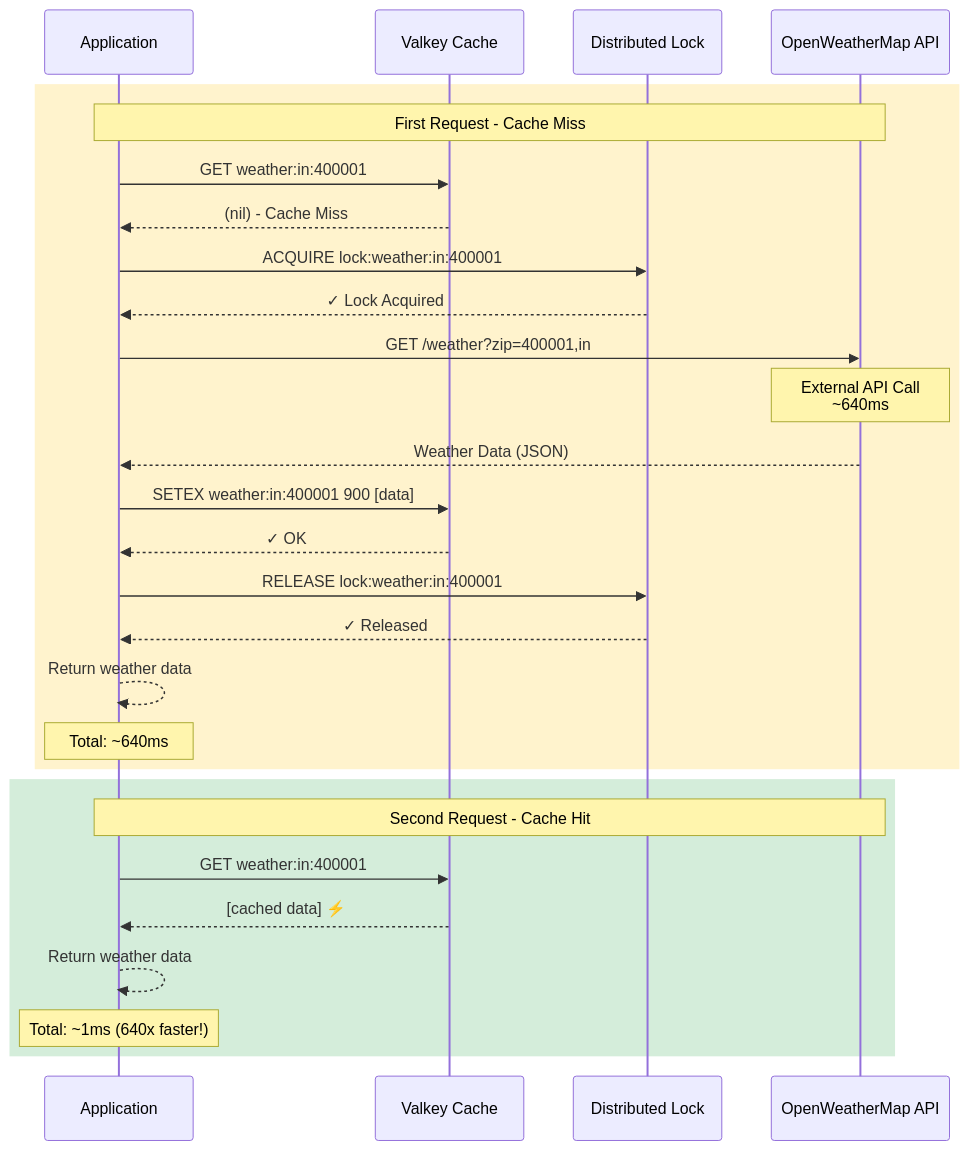
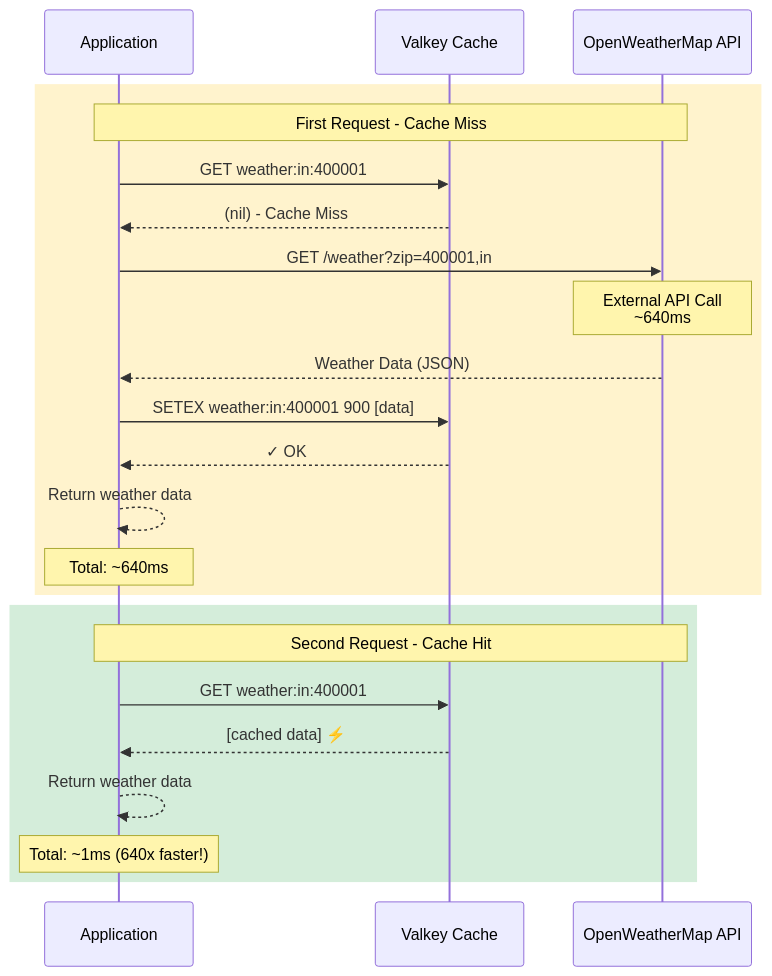
One commit to rlunar/valkey-workshops changed the diagram in cache_me_if_you_can/docs/workshop/content/3-advanced-caching/1-weather-api/index.en.md. Above: the diagram before and after it, drawn with Mermaid. The commit also changed other lines of this file, not shown here.

First line of the commit message:
Simplify weather API workshop content by focusing on core cache-aside pattern

````diff
--- a/cache_me_if_you_can/docs/workshop/content/3-advanced-caching/1-weather-api/index.en.md
+++ b/cache_me_if_you_can/docs/workshop/content/3-advanced-caching/1-weather-api/index.en.md
@@ -45,32 +44,27 @@
 ```mermaid
 sequenceDiagram
     participant App as Application
     participant Cache as Valkey Cache
-    participant Lock as Distributed Lock
     participant API as OpenWeatherMap API
     
     rect rgb(255, 243, 205)
     Note over App,API: First Request - Cache Miss
     App->>Cache: GET weather:in:400001
     Cache-->>App: (nil) - Cache Miss
-    App->>Lock: ACQUIRE lock:weather:in:400001
-    Lock-->>App: ✓ Lock Acquired
     App->>API: GET /weather?zip=400001,in
     Note over API: External API Call<br/>~640ms
     API-->>App: Weather Data (JSON)
     App->>Cache: SETEX weather:in:400001 900 [data]
     Cache-->>App: ✓ OK
-    App->>Lock: RELEASE lock:weather:in:400001
-    Lock-->>App: ✓ Released
     App-->>App: Return weather data
     Note over App: Total: ~640ms
     end
     
     rect rgb(212, 237, 218)
     Note over App,API: Second Request - Cache Hit
     App->>Cache: GET weather:in:400001
     Cache-->>App: [cached data] ⚡
     App-->>App: Return weather data
     Note over App: Total: ~1ms (640x faster!)
     end
 ```
````
